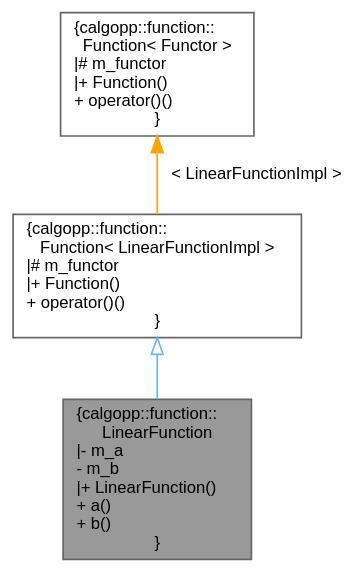
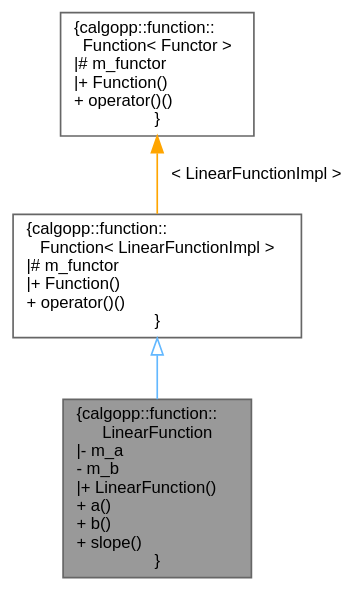
The diagram in classcalgopp_1_1function_1_1LinearFunction__inherit__graph.dot (pawelekg95/algopp), drawn with Graphviz before and after one commit. The commit also changed 31 other files, not shown here.

```diff
--- a/classcalgopp_1_1function_1_1LinearFunction__inherit__graph.dot
+++ b/classcalgopp_1_1function_1_1LinearFunction__inherit__graph.dot
@@ -1,12 +1,12 @@
 digraph "calgopp::function::LinearFunction"
 {
  // LATEX_PDF_SIZE
   bgcolor="transparent";
   edge [fontname=Helvetica,fontsize=10,labelfontname=Helvetica,labelfontsize=10];
   node [fontname=Helvetica,fontsize=10,shape=box,height=0.2,width=0.4];
-  Node1 [label="{calgopp::function::\lLinearFunction\n|- m_a\l- m_b\l|+ LinearFunction()\l+ a()\l+ b()\l}",height=0.2,width=0.4,color="gray40", fillcolor="grey60", style="filled", fontcolor="black",tooltip=" "];
+  Node1 [label="{calgopp::function::\lLinearFunction\n|- m_a\l- m_b\l|+ LinearFunction()\l+ a()\l+ b()\l+ slope()\l}",height=0.2,width=0.4,color="gray40", fillcolor="grey60", style="filled", fontcolor="black",tooltip=" "];
   Node2 -> Node1 [dir="back",color="steelblue1",style="solid",arrowtail="onormal"];
   Node2 [label="{calgopp::function::\lFunction\< LinearFunctionImpl \>\n|# m_functor\l|+ Function()\l+ operator()()\l}",height=0.2,width=0.4,color="gray40", fillcolor="white", style="filled",URL="$classcalgopp_1_1function_1_1Function.html",tooltip=" "];
   Node3 -> Node2 [dir="back",color="orange",style="solid",label=" \< LinearFunctionImpl \>" ];
   Node3 [label="{calgopp::function::\lFunction\< Functor \>\n|# m_functor\l|+ Function()\l+ operator()()\l}",height=0.2,width=0.4,color="gray40", fillcolor="white", style="filled",URL="$classcalgopp_1_1function_1_1Function.html",tooltip=" "];
 }
```
